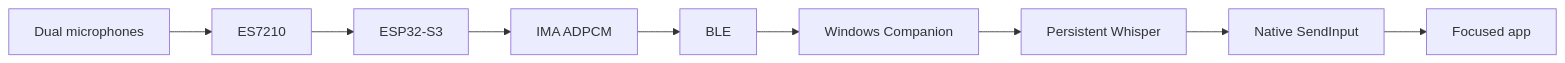
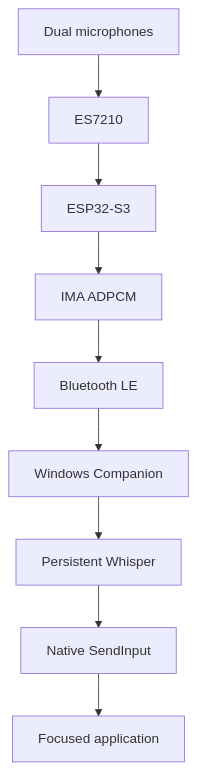
The first of 5 diagrams in README.md (hasan-bukhari-dev/ESPCube), drawn with Mermaid before and after one commit. The commit also changed other lines of this file, not shown here.

````diff
--- a/README.md
+++ b/README.md
@@ -109,11 +109,21 @@
 ```mermaid
-flowchart LR
-    MIC["Dual microphones"] --> ADC["ES7210"]
-    ADC --> ESP["ESP32-S3"]
-    ESP --> ADPCM["IMA ADPCM"]
-    ADPCM --> BLE["BLE"]
-    BLE --> COMP["Windows Companion"]
-    COMP --> WHISPER["Persistent Whisper"]
-    WHISPER --> INPUT["Native SendInput"]
-    INPUT --> APP["Focused app"]
+flowchart TD
+    MIC["Dual microphones"]
+    ADC["ES7210"]
+    ESP["ESP32-S3"]
+    ADPCM["IMA ADPCM"]
+    BLE["Bluetooth LE"]
+    COMP["Windows Companion"]
+    WHISPER["Persistent Whisper"]
+    INPUT["Native SendInput"]
+    APP["Focused application"]
+
+    MIC --> ADC
+    ADC --> ESP
+    ESP --> ADPCM
+    ADPCM --> BLE
+    BLE --> COMP
+    COMP --> WHISPER
+    WHISPER --> INPUT
+    INPUT --> APP
 ```
````
